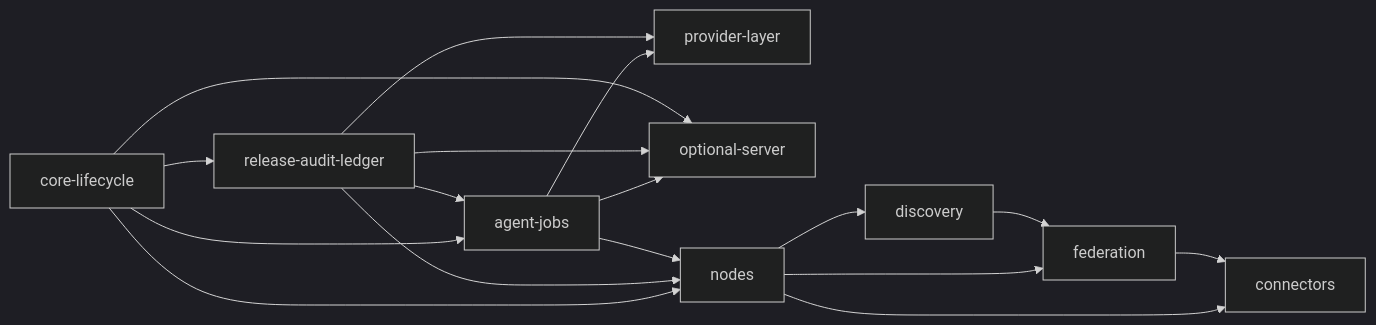
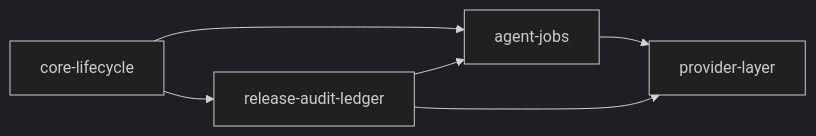
One commit to Audumla/AUDiaGentic changed the diagram in docs/specifications/architecture/02_Core_Boundaries_and_Dependency_Rules.md. Above: the diagram before and after it, drawn with Mermaid (dark theme). The commit also changed other lines of this file and 34 other files, not shown here.

````diff
--- a/docs/specifications/architecture/02_Core_Boundaries_and_Dependency_Rules.md
+++ b/docs/specifications/architecture/02_Core_Boundaries_and_Dependency_Rules.md
@@ -88,19 +73,8 @@
 ```mermaid
 flowchart LR
     L[core-lifecycle] --> R[release-audit-ledger]
     L --> J[agent-jobs]
     R --> J
     J --> P[provider-layer]
     R --> P
-    J --> S[optional-server]
-    R --> S
-    L --> S
-    L --> N[nodes]
-    R --> N
-    J --> N
-    N --> G[discovery]
-    N --> F[federation]
-    N --> C[connectors]
-    G --> F
-    F --> C
-  ```
+```
````
